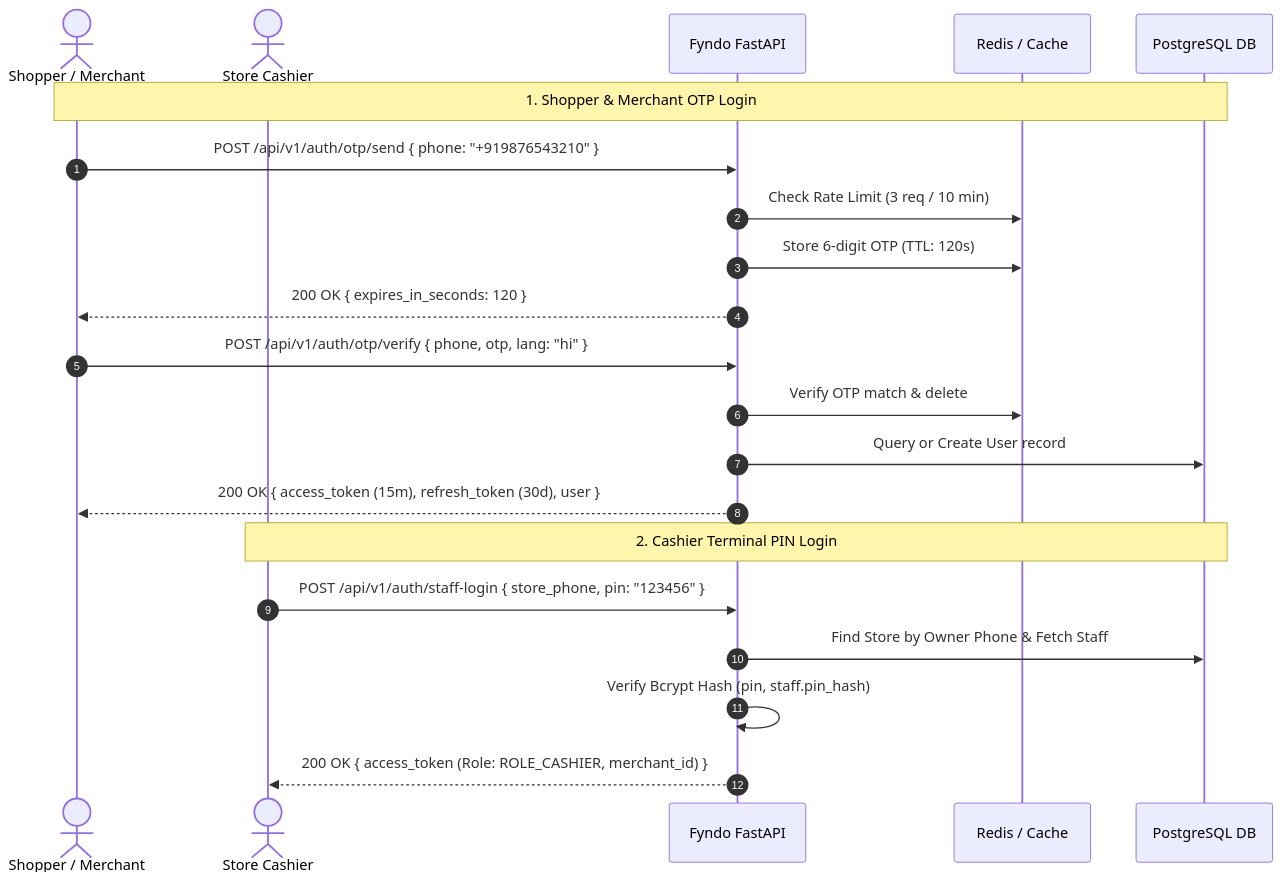
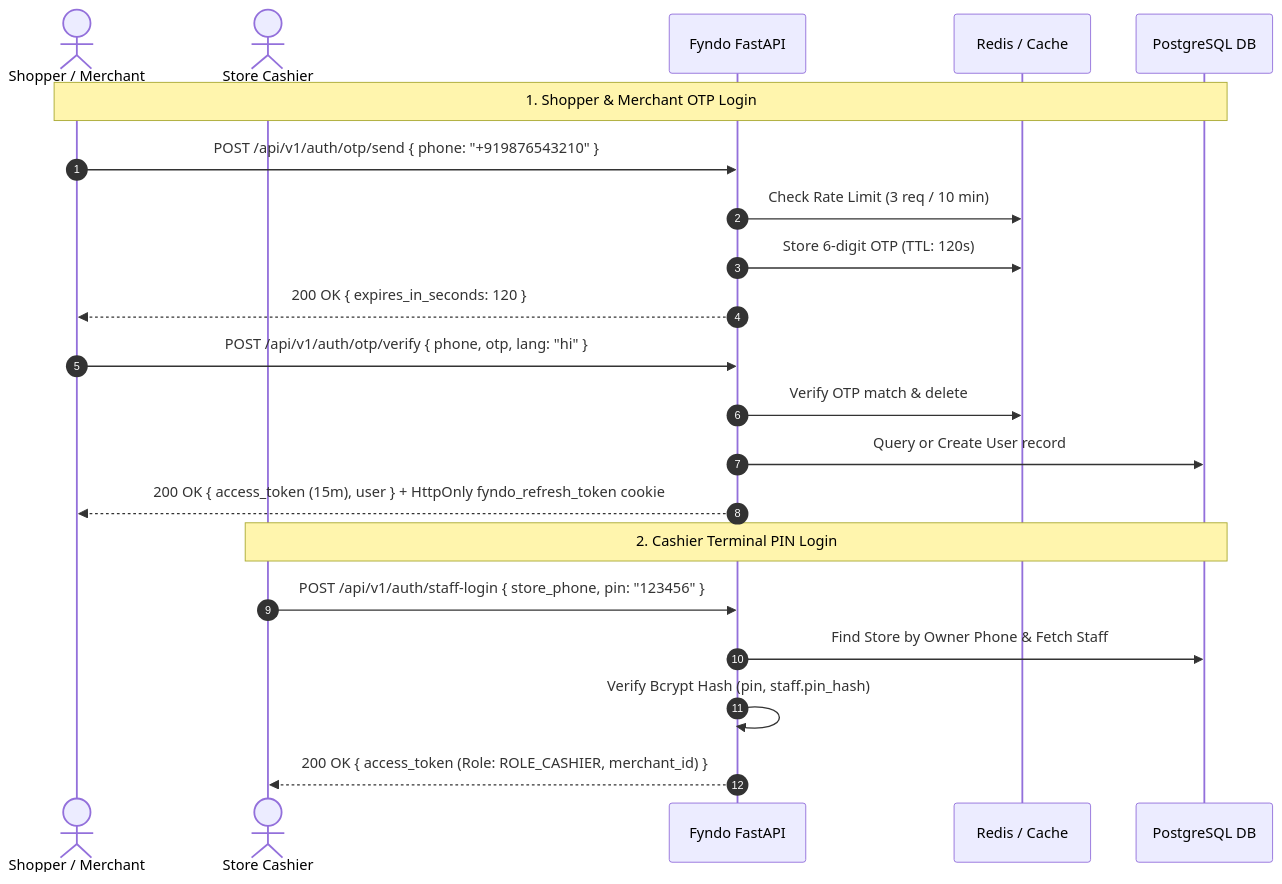
Before and after one commit to sudarshankakde/Fyndo: the second of 6 diagrams in backend/docs/backend_schema_and_flow_guide.md, drawn with Mermaid. The commit also changed other lines of this file and 35 other files, not shown here.

````diff
--- a/backend/docs/backend_schema_and_flow_guide.md
+++ b/backend/docs/backend_schema_and_flow_guide.md
@@ -171,26 +186,26 @@
 ```mermaid
 sequenceDiagram
     autonumber
     actor User as Shopper / Merchant
     actor Staff as Store Cashier
     participant API as Fyndo FastAPI
     participant Redis as Redis / Cache
     participant DB as PostgreSQL DB
 
     Note over User, DB: 1. Shopper & Merchant OTP Login
     User->>API: POST /api/v1/auth/otp/send { phone: "+919876543210" }
     API->>Redis: Check Rate Limit (3 req / 10 min)
     API->>Redis: Store 6-digit OTP (TTL: 120s)
     API-->>User: 200 OK { expires_in_seconds: 120 }
 
     User->>API: POST /api/v1/auth/otp/verify { phone, otp, lang: "hi" }
     API->>Redis: Verify OTP match & delete
     API->>DB: Query or Create User record
-    API-->>User: 200 OK { access_token (15m), refresh_token (30d), user }
+    API-->>User: 200 OK { access_token (15m), user } + HttpOnly fyndo_refresh_token cookie
 
     Note over Staff, DB: 2. Cashier Terminal PIN Login
     Staff->>API: POST /api/v1/auth/staff-login { store_phone, pin: "123456" }
     API->>DB: Find Store by Owner Phone & Fetch Staff
     API->>API: Verify Bcrypt Hash (pin, staff.pin_hash)
     API-->>Staff: 200 OK { access_token (Role: ROLE_CASHIER, merchant_id) }
 ```
````
